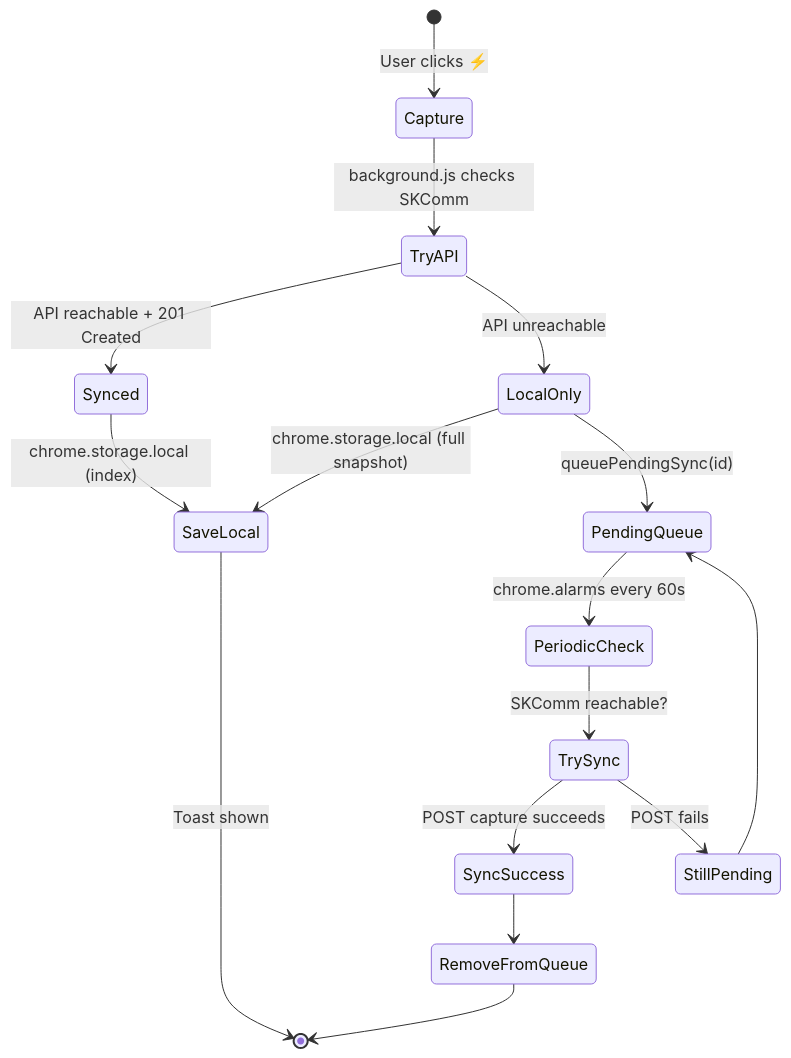
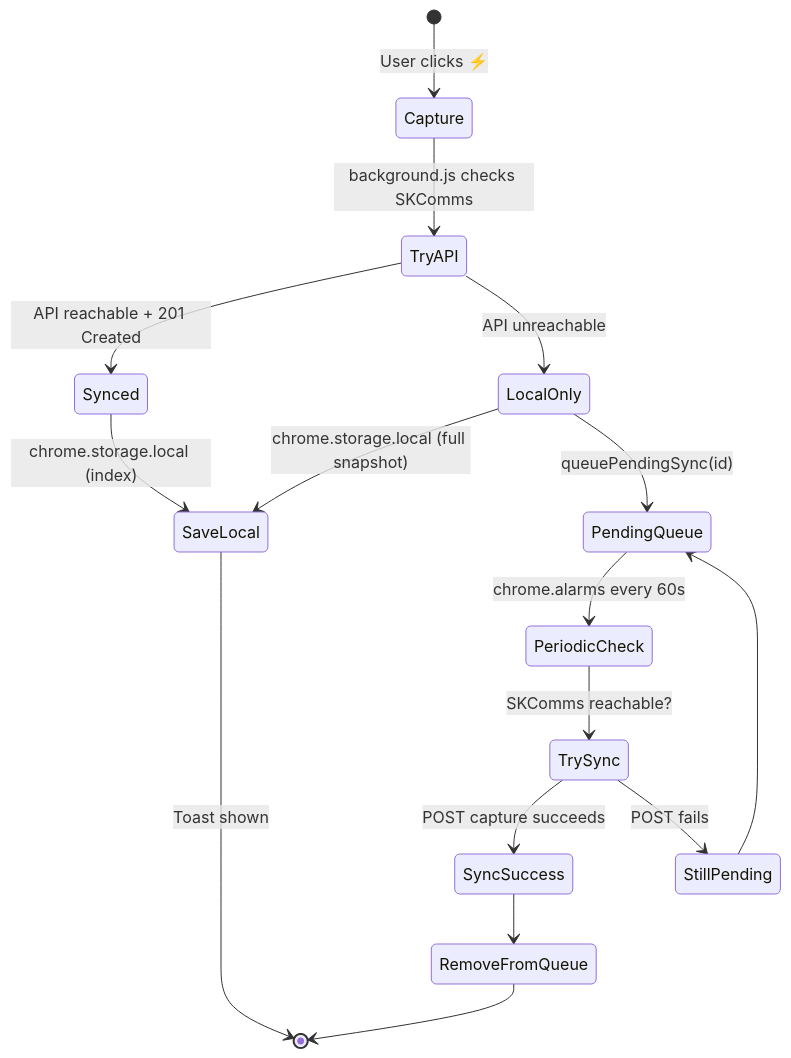
Before and after one commit to smilinTux/smilintux-org: the fourth of 8 diagrams in docs/CONSCIOUSNESS_SWIPE.md, drawn with Mermaid. The commit also changed other lines of this file and 53 other files, not shown here.

Commit message:
content: skcomm→skcomms references

````diff
--- a/docs/CONSCIOUSNESS_SWIPE.md
+++ b/docs/CONSCIOUSNESS_SWIPE.md
@@ -144,22 +144,22 @@
 ```mermaid
 stateDiagram-v2
     [*] --> Capture: User clicks ⚡
 
-    Capture --> TryAPI: background.js checks SKComm
+    Capture --> TryAPI: background.js checks SKComms
     TryAPI --> Synced: API reachable + 201 Created
     TryAPI --> LocalOnly: API unreachable
 
     Synced --> SaveLocal: chrome.storage.local (index)
     LocalOnly --> SaveLocal: chrome.storage.local (full snapshot)
     LocalOnly --> PendingQueue: queuePendingSync(id)
 
     SaveLocal --> [*]: Toast shown
 
     PendingQueue --> PeriodicCheck: chrome.alarms every 60s
-    PeriodicCheck --> TrySync: SKComm reachable?
+    PeriodicCheck --> TrySync: SKComms reachable?
     TrySync --> SyncSuccess: POST capture succeeds
     TrySync --> StillPending: POST fails
     SyncSuccess --> RemoveFromQueue
     StillPending --> PendingQueue
     RemoveFromQueue --> [*]
 ```
````
